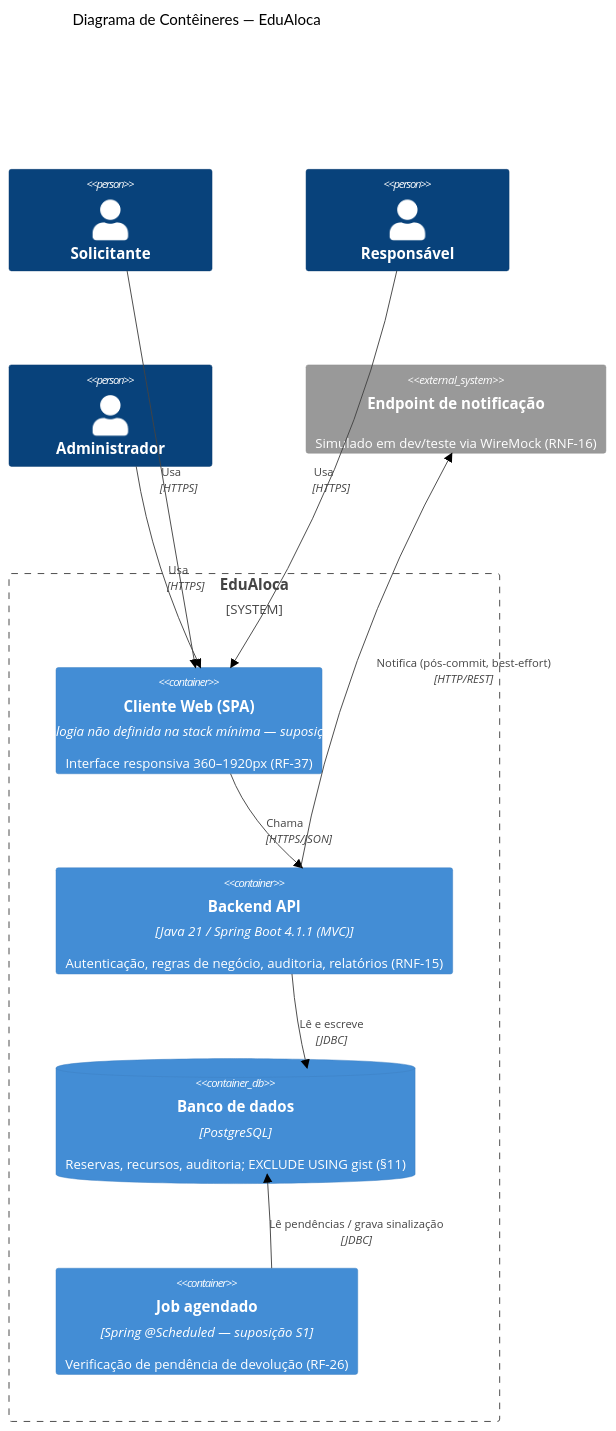
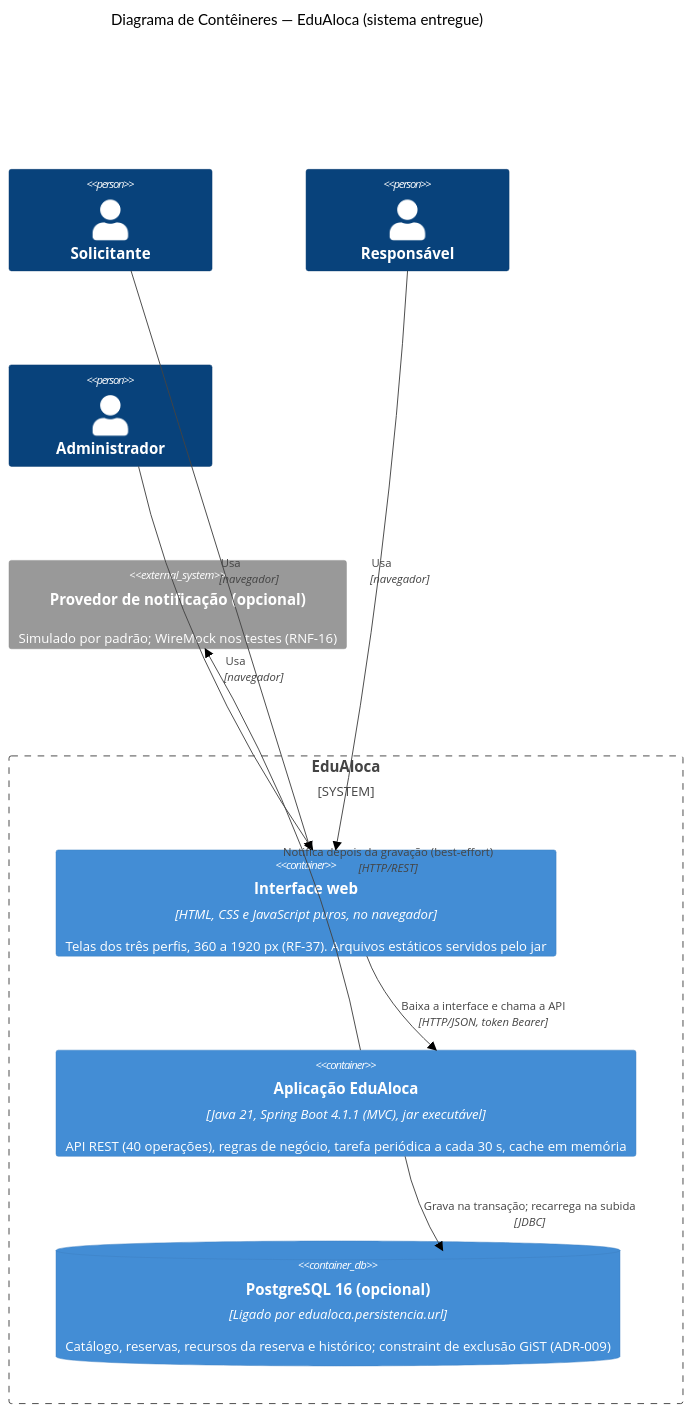
Before and after one commit to DaniloDamasio/EduAloca: the second of 6 diagrams in DOCS/arquitetura.md, drawn with Mermaid (neutral theme). The commit also changed other lines of this file, not shown here.

First line of the commit message:
docs(arquitetura): componentes, conteineres e sequencias do sistema entregue

````diff
--- a/DOCS/arquitetura.md
+++ b/DOCS/arquitetura.md
@@ -311,25 +323,23 @@
 ```mermaid
 C4Container
-  title Diagrama de Contêineres — EduAloca
+  title Diagrama de Contêineres — EduAloca (sistema entregue)
 
   Person(solicitante, "Solicitante")
   Person(responsavel, "Responsável")
   Person(administrador, "Administrador")
 
   System_Boundary(edualoca, "EduAloca") {
-    Container(web, "Cliente Web (SPA)", "Tecnologia não definida na stack mínima — suposição S4", "Interface responsiva 360–1920px (RF-37)")
-    Container(api, "Backend API", "Java 21 / Spring Boot 4.1.1 (MVC)", "Autenticação, regras de negócio, auditoria, relatórios (RNF-15)")
-    ContainerDb(db, "Banco de dados", "PostgreSQL", "Reservas, recursos, auditoria; EXCLUDE USING gist (§11)")
-    Container(scheduler, "Job agendado", "Spring @Scheduled — suposição S1", "Verificação de pendência de devolução (RF-26)")
+    Container(web, "Interface web", "HTML, CSS e JavaScript puros, no navegador", "Telas dos três perfis, 360 a 1920 px (RF-37). Arquivos estáticos servidos pelo jar")
+    Container(app, "Aplicação EduAloca", "Java 21, Spring Boot 4.1.1 (MVC), jar executável", "API REST (40 operações), regras de negócio, tarefa periódica a cada 30 s, cache em memória")
+    ContainerDb(db, "PostgreSQL 16 (opcional)", "Ligado por edualoca.persistencia.url", "Catálogo, reservas, recursos da reserva e histórico; constraint de exclusão GiST (ADR-009)")
   }
 
-  System_Ext(notif, "Endpoint de notificação", "Simulado em dev/teste via WireMock (RNF-16)")
+  System_Ext(notif, "Provedor de notificação (opcional)", "Simulado por padrão; WireMock nos testes (RNF-16)")
 
-  Rel(solicitante, web, "Usa", "HTTPS")
-  Rel(responsavel, web, "Usa", "HTTPS")
-  Rel(administrador, web, "Usa", "HTTPS")
-  Rel(web, api, "Chama", "HTTPS/JSON")
-  Rel(api, db, "Lê e escreve", "JDBC")
-  Rel(scheduler, db, "Lê pendências / grava sinalização", "JDBC")
-  Rel(api, notif, "Notifica (pós-commit, best-effort)", "HTTP/REST")
+  Rel(solicitante, web, "Usa", "navegador")
+  Rel(responsavel, web, "Usa", "navegador")
+  Rel(administrador, web, "Usa", "navegador")
+  Rel(web, app, "Baixa a interface e chama a API", "HTTP/JSON, token Bearer")
+  Rel(app, db, "Grava na transação; recarrega na subida", "JDBC")
+  Rel(app, notif, "Notifica depois da gravação (best-effort)", "HTTP/REST")
 ```
````
